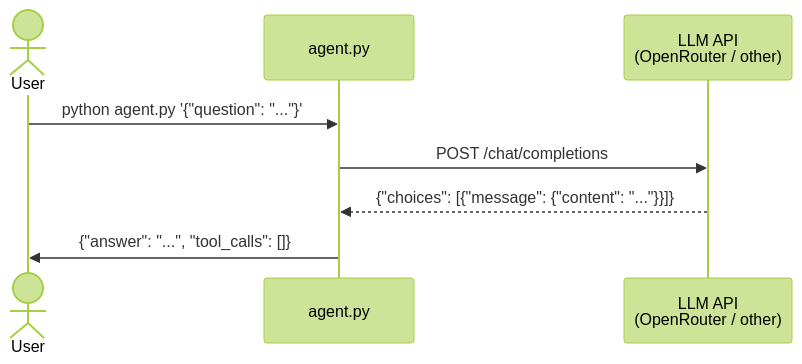
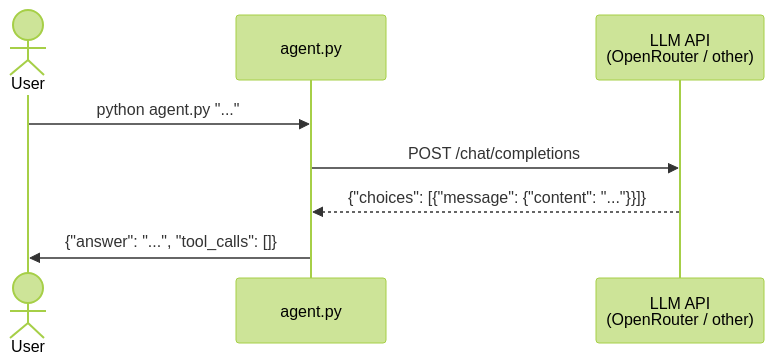
Before and after one commit to shefyo/se-toolkit-lab-8: the diagram in lab/tasks/required/task-1.md, drawn with Mermaid (forest theme). The commit also changed other lines of this file, not shown here.

````diff
--- a/lab/tasks/required/task-1.md
+++ b/lab/tasks/required/task-1.md
@@ -33,11 +22,11 @@
 ```mermaid
 sequenceDiagram
     actor User
     participant CLI as agent.py
     participant LLM as LLM API<br/>(OpenRouter / other)
 
-    User->>CLI: python agent.py '{"question": "..."}'
+    User->>CLI: python agent.py "..."
     CLI->>LLM: POST /chat/completions
     LLM-->>CLI: {"choices": [{"message": {"content": "..."}}]}
     CLI->>User: {"answer": "...", "tool_calls": []}
 ```
````
